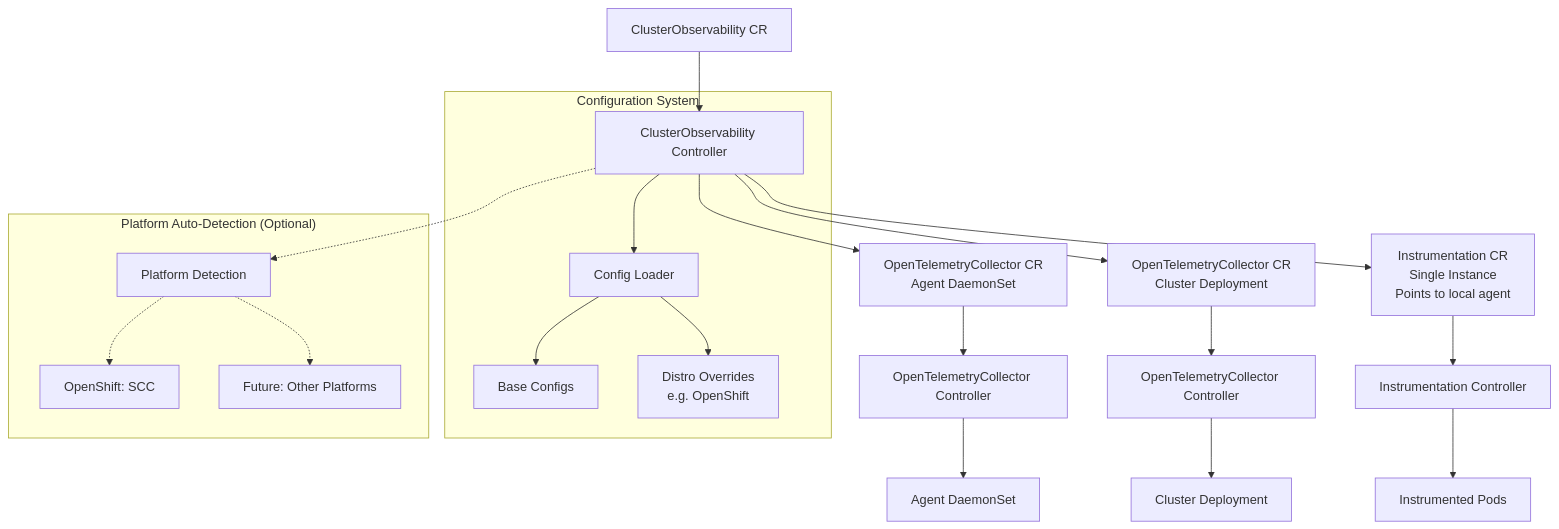
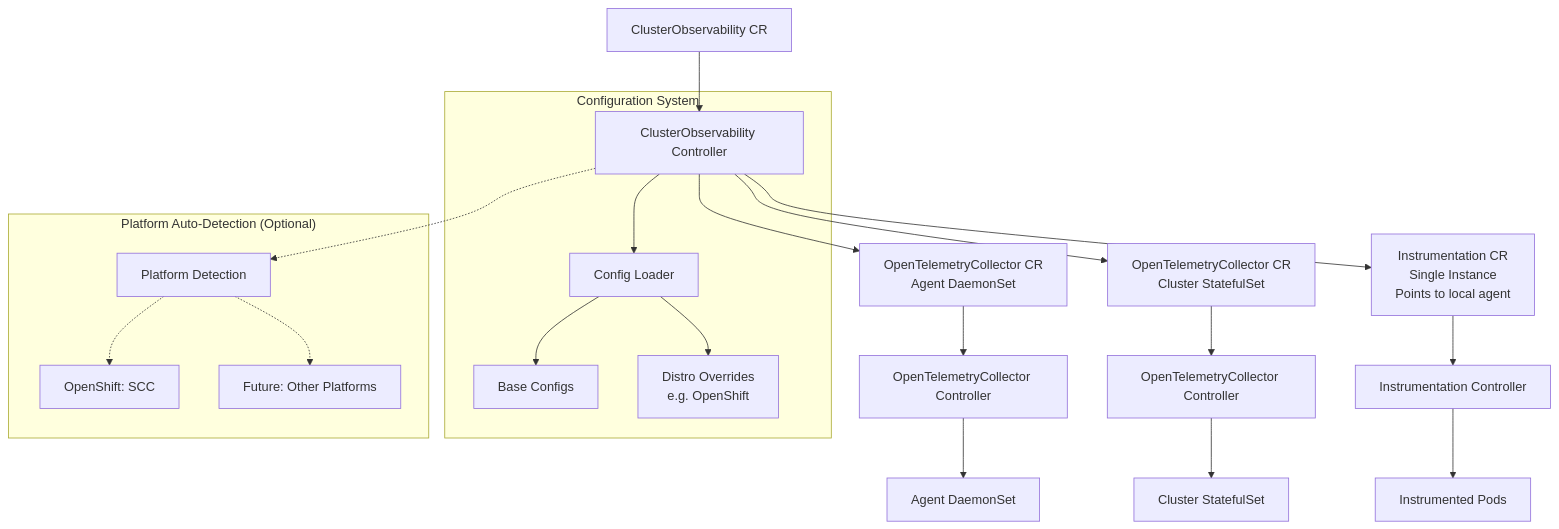
Before and after one commit to open-telemetry/opentelemetry-operator: the first of 2 diagrams in docs/collector/cluster-observability.md, drawn with Mermaid. The commit also changed other lines of this file and 28 other files, not shown here.

````diff
--- a/docs/collector/cluster-observability.md
+++ b/docs/collector/cluster-observability.md
@@ -38,28 +49,28 @@
 ```mermaid
 graph TB
     CO[ClusterObservability CR] --> Controller[ClusterObservability Controller]
     
     Controller --> OTLC1[OpenTelemetryCollector CR<br/>Agent DaemonSet]
-    Controller --> OTLC2[OpenTelemetryCollector CR<br/>Cluster Deployment]  
+    Controller --> OTLC2[OpenTelemetryCollector CR<br/>Cluster StatefulSet]
     Controller --> INSTR[Instrumentation CR<br/>Single Instance<br/>Points to local agent]
     
     OTLC1 --> OTC1[OpenTelemetryCollector Controller]
     OTLC2 --> OTC2[OpenTelemetryCollector Controller]
     INSTR --> IC[Instrumentation Controller]
     
     OTC1 --> DS[Agent DaemonSet]
-    OTC2 --> DEP[Cluster Deployment]
+    OTC2 --> STS[Cluster StatefulSet]
     IC --> POD[Instrumented Pods]
     
     subgraph "Configuration System"
         Controller --> ConfigLoader[Config Loader]
         ConfigLoader --> BaseConfig[Base Configs]
         ConfigLoader --> DistroConfig[Distro Overrides<br/>e.g. OpenShift]
     end
     
     subgraph "Platform Auto-Detection (Optional)"
         Controller -.-> PlatformDetect[Platform Detection]
         PlatformDetect -.-> SCC[OpenShift: SCC]
         PlatformDetect -.-> Future[Future: Other Platforms]
     end
 ```
````
